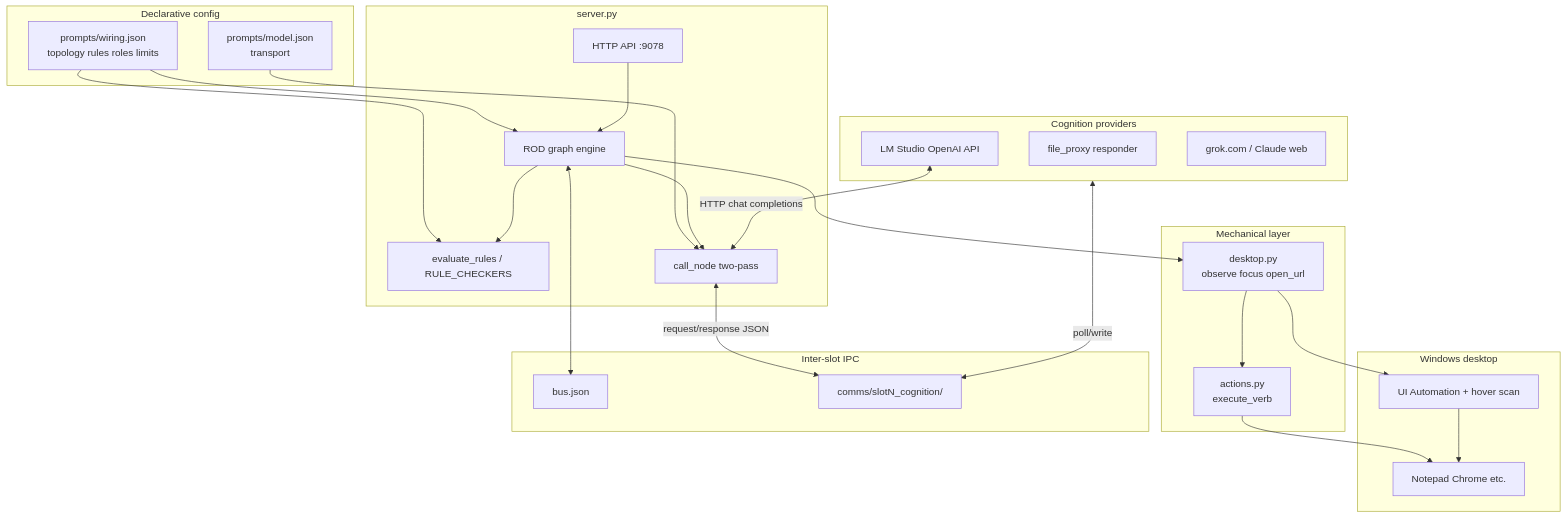
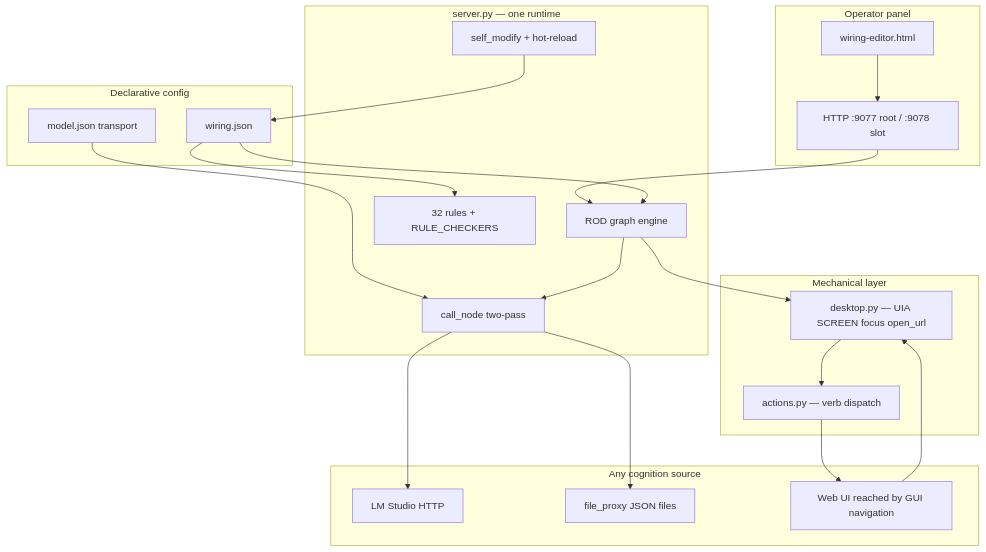
Before and after one commit to wgabrys88/endgame-ai: the third of 8 diagrams in README.md, drawn with Mermaid. The commit also changed other lines of this file, not shown here.

Commit message:
docs: rewrite README from scratch — uniform self-evolving operator, GUI-as-API thesis

````diff
--- a/README.md
+++ b/README.md
@@ -240,51 +191,44 @@
 ```mermaid
 flowchart TB
-    subgraph HumanOrAI["Cognition providers"]
-        FP[file_proxy responder]
-        LMS[LM Studio OpenAI API]
-        WEB[grok.com / Claude web]
+    subgraph Panel["Operator panel"]
+        HTML[wiring-editor.html]
+        API[HTTP :9077 root / :9078 slot]
     end
 
-    subgraph Declarative["Declarative config"]
-        WIRING[prompts/wiring.json<br/>topology rules roles limits]
-        MODEL[prompts/model.json<br/>transport]
-    end
-
-    subgraph Runtime["server.py"]
-        HTTP[HTTP API :9078]
+    subgraph Runtime["server.py — one runtime"]
         ROD[ROD graph engine]
-        RULES[evaluate_rules / RULE_CHECKERS]
+        RULES[32 rules + RULE_CHECKERS]
         LLM[call_node two-pass]
+        PATCH[self_modify + hot-reload]
     end
 
     subgraph Mechanical["Mechanical layer"]
-        DESK[desktop.py<br/>observe focus open_url]
-        ACT[actions.py<br/>execute_verb]
+        DESK[desktop.py — UIA SCREEN focus open_url]
+        ACT[actions.py — verb dispatch]
     end
 
-    subgraph Desktop["Windows desktop"]
-        UIA[UI Automation + hover scan]
-        APPS[Notepad Chrome etc.]
+    subgraph Config["Declarative config"]
+        W[wiring.json]
+        M[model.json transport]
     end
 
-    subgraph IPC["Inter-slot IPC"]
-        BUS[bus.json]
-        COMMS[comms/slotN_cognition/]
+    subgraph Cognition["Any cognition source"]
+        LS[LM Studio HTTP]
+        FP[file_proxy JSON files]
+        WEB[Web UI reached by GUI navigation]
     end
 
-    WIRING --> ROD
-    WIRING --> RULES
-    MODEL --> LLM
-    HTTP --> ROD
+    HTML --> API
+    API --> ROD
+    W --> ROD
+    W --> RULES
+    M --> LLM
     ROD --> LLM
-    ROD --> RULES
+    LLM --> LS
+    LLM --> FP
     ROD --> DESK
     DESK --> ACT
-    ACT --> APPS
-    DESK --> UIA
-    UIA --> APPS
-    LLM <-->|request/response JSON| COMMS
-    HumanOrAI <-->|poll/write| COMMS
-    LMS <-->|HTTP chat completions| LLM
-    ROD <--> BUS
+    ACT --> WEB
+    WEB --> DESK
+    PATCH --> W
 ```
````
